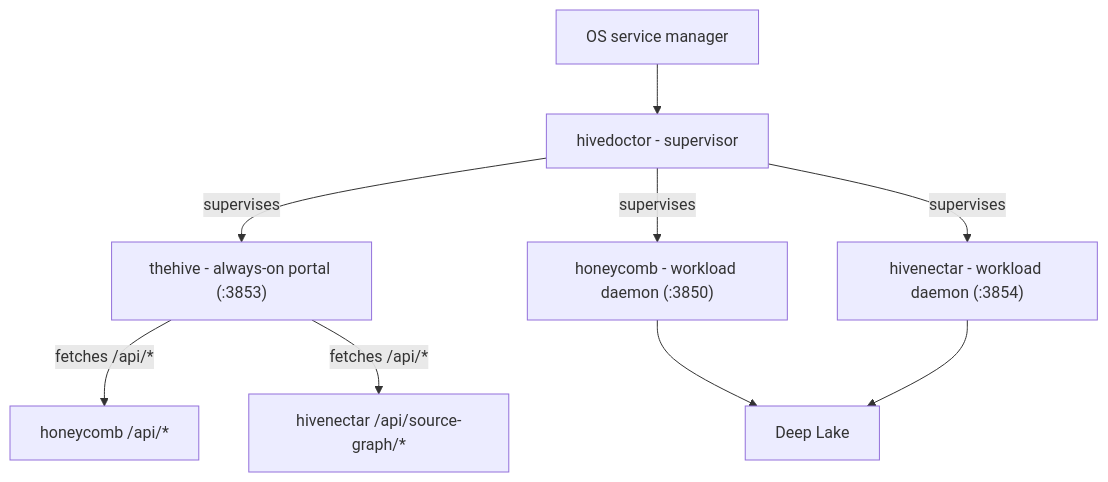
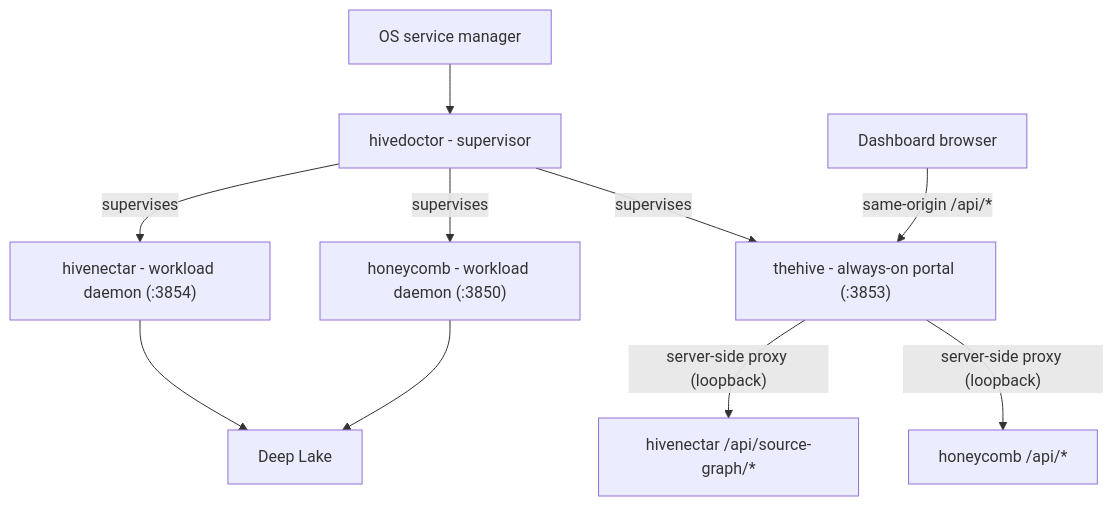
Before and after one commit to legioncodeinc/hive: the diagram in library/requirements/in-work/prd-001-thehive-portal-daemon/prd-001-thehive-portal-daemon-index.md, drawn with Mermaid. The commit also changed other lines of this file and 14 other files, not shown here.

First line of the commit message:
Federate dashboard data server-side via a BFF proxy

````diff
--- a/library/requirements/in-work/prd-001-thehive-portal-daemon/prd-001-thehive-portal-daemon-index.md
+++ b/library/requirements/in-work/prd-001-thehive-portal-daemon/prd-001-thehive-portal-daemon-index.md
@@ -34,11 +38,12 @@
 ```mermaid
 flowchart TD
     os["OS service manager"] --> doctor["hivedoctor - supervisor"]
     doctor -->|supervises| hive["thehive - always-on portal (:3853)"]
     doctor -->|supervises| honeycomb["honeycomb - workload daemon (:3850)"]
     doctor -->|supervises| hivenectar["hivenectar - workload daemon (:3854)"]
-    hive -->|fetches /api/*| honeycombApi["honeycomb /api/*"]
-    hive -->|fetches /api/*| hivenectarApi["hivenectar /api/source-graph/*"]
+    browser["Dashboard browser"] -->|"same-origin /api/*"| hive
+    hive -->|"server-side proxy (loopback)"| honeycombApi["honeycomb /api/*"]
+    hive -->|"server-side proxy (loopback)"| hivenectarApi["hivenectar /api/source-graph/*"]
     honeycomb --> deeplake["Deep Lake"]
     hivenectar --> deeplake
 ```
````
